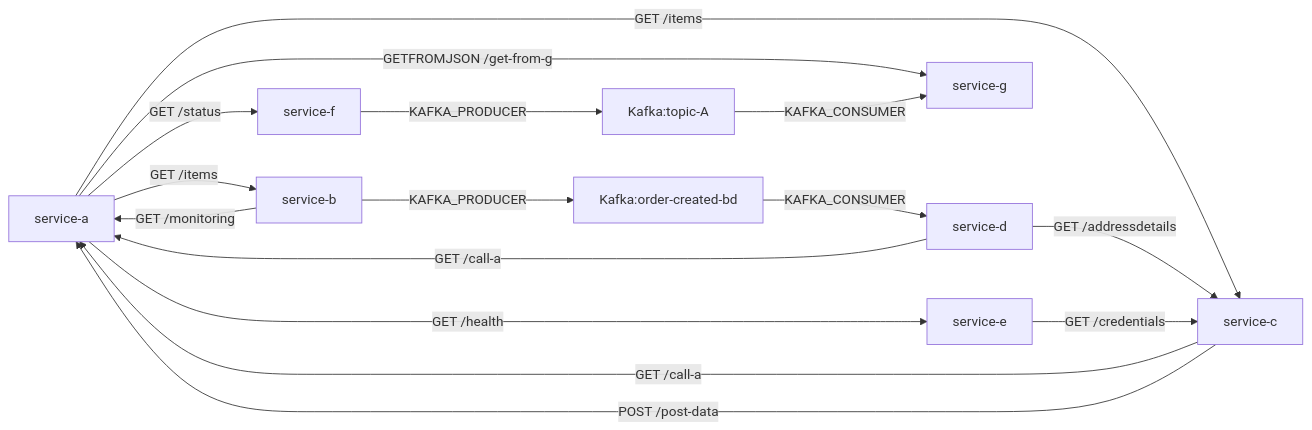
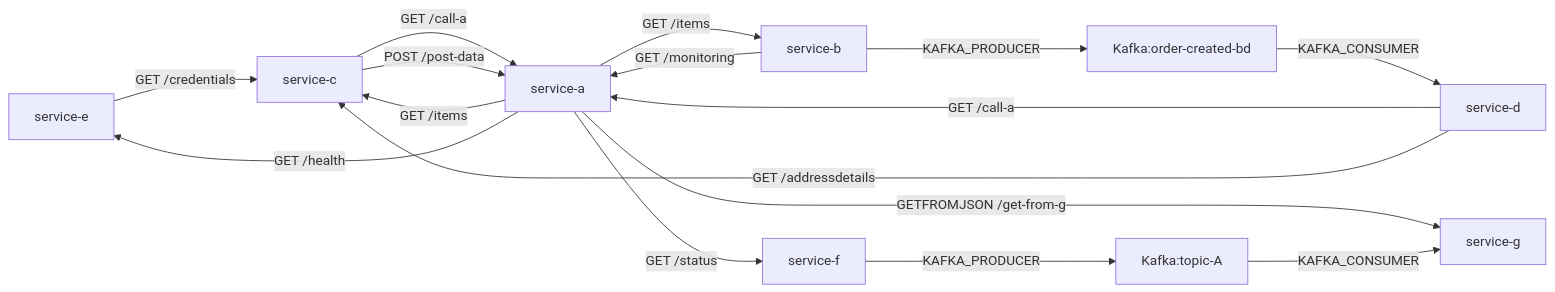
Before and after one commit to lokesh0507/First_project: the diagram in output/deps.md, drawn with Mermaid. The commit also changed other lines of this file and 1 other file, not shown here.

Commit message:
Auto-update dependency graph

````diff
--- a/output/deps.md
+++ b/output/deps.md
@@ -1,18 +1,18 @@
 ```mermaid
 graph LR
+  service-e -->|GET /credentials| service-c
+  service-d -->|GET /call-a| service-a
+  service-d -->|GET /addressdetails| service-c
+  Kafka:order-created-bd -->|KAFKA_CONSUMER| service-d
   service-a -->|GET /items| service-b
   service-a -->|GET /items| service-c
   service-a -->|GET /health| service-e
   service-a -->|GETFROMJSON /get-from-g| service-g
   service-a -->|GET /status| service-f
+  service-c -->|GET /call-a| service-a
+  service-c -->|POST /post-data| service-a
   service-b -->|GET /monitoring| service-a
   service-b -->|KAFKA_PRODUCER| Kafka:order-created-bd
-  service-c -->|GET /call-a| service-a
-  service-c -->|POST /post-data| service-a
-  service-d -->|GET /call-a| service-a
-  service-d -->|GET /addressdetails| service-c
-  Kafka:order-created-bd -->|KAFKA_CONSUMER| service-d
-  service-e -->|GET /credentials| service-c
+  Kafka:topic-A -->|KAFKA_CONSUMER| service-g
   service-f -->|KAFKA_PRODUCER| Kafka:topic-A
-  Kafka:topic-A -->|KAFKA_CONSUMER| service-g
 ```
````
